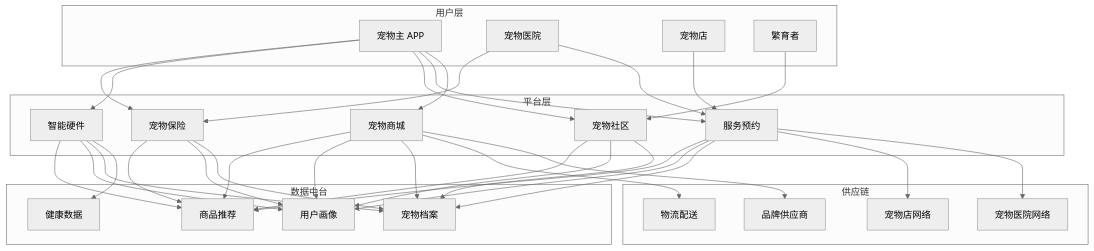
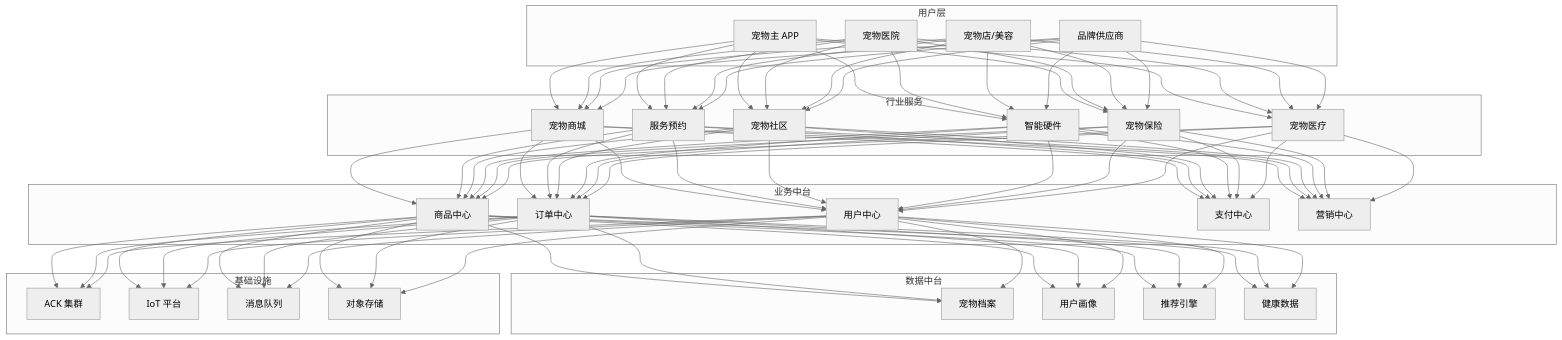
One commit to kudig-io/kudig-database changed the first of 3 diagrams in topic-application-architecture/37-pet-economy.md. Above: the diagram before and after it, drawn with Mermaid (neutral theme). The commit also changed other lines of this file and 8633 other files, not shown here.

````diff
--- a/topic-application-architecture/37-pet-economy.md
+++ b/topic-application-architecture/37-pet-economy.md
@@ -49,40 +119,45 @@
 ```mermaid
 graph TB
     subgraph 用户层
         U1[宠物主 APP]
         U2[宠物医院]
-        U3[宠物店]
-        U4[繁育者]
+        U3[宠物店/美容]
+        U4[品牌供应商]
     end
 
-    subgraph 平台层
-        P1[宠物商城]
-        P2[服务预约]
-        P3[宠物社区]
-        P4[智能硬件]
-        P5[宠物保险]
+    subgraph 业务中台
+        B1[商品中心]
+        B2[订单中心]
+        B3[用户中心]
+        B4[支付中心]
+        B5[营销中心]
     end
 
-    subgraph 供应链
-        S1[品牌供应商]
-        S2[宠物医院网络]
-        S3[宠物店网络]
-        S4[物流配送]
+    subgraph 行业服务
+        S1[宠物商城]
+        S2[服务预约]
+        S3[宠物社区]
+        S4[智能硬件]
+        S5[宠物保险]
+        S6[宠物医疗]
     end
 
     subgraph 数据中台
         D1[宠物档案]
         D2[用户画像]
-        D3[商品推荐]
+        D3[推荐引擎]
         D4[健康数据]
     end
 
-    U1 --> P1 & P2 & P3 & P4 & P5
-    U2 --> P2 & P5
-    U3 --> P2
-    U4 --> P3
-    P1 --> S1 & S4
-    P2 --> S2 & S3
-    P4 --> D4
-    P1 & P2 & P3 & P4 & P5 --> D1 & D2 & D3
+    subgraph 基础设施
+        I1[ACK 集群]
+        I2[IoT 平台]
+        I3[消息队列]
+        I4[对象存储]
+    end
+
+    U1 & U2 & U3 & U4 --> S1 & S2 & S3 & S4 & S5 & S6
+    S1 & S2 & S3 & S4 & S5 & S6 --> B1 & B2 & B3 & B4 & B5
+    B1 & B2 & B3 --> D1 & D2 & D3 & D4
+    B1 & B2 & B3 --> I1 & I2 & I3 & I4
 ```
````
